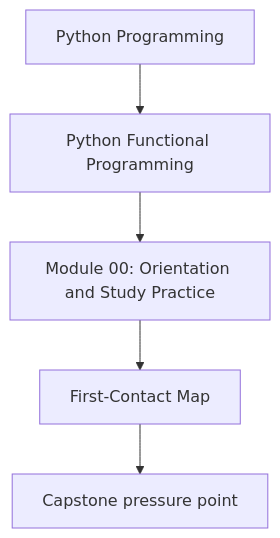
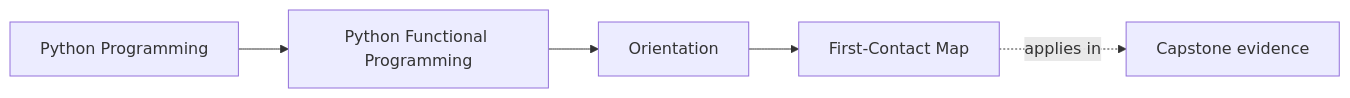
Before and after one commit to bijux/bijux-masterclass: the first of 2 diagrams in programs/python-programming/python-functional-programming/course-book/module-00-orientation/first-contact-map.md, drawn with Mermaid. The commit also changed other lines of this file and 73 other files, not shown here.

Commit message:
docs(python-functional-programming): map orientation through streaming foundations

````diff
--- a/programs/python-programming/python-functional-programming/course-book/module-00-orientation/first-contact-map.md
+++ b/programs/python-programming/python-functional-programming/course-book/module-00-orientation/first-contact-map.md
@@ -6,7 +6,11 @@
 ```mermaid
-flowchart TD
-  family["Python Programming"] --> program["Python Functional Programming"]
-  program --> module["Module 00: Orientation and Study Practice"]
-  module --> concept["First-Contact Map"]
-  concept --> capstone["Capstone pressure point"]
+graph LR
+  family["Python Programming"]
+  program["Python Functional Programming"]
+  section["Orientation"]
+  page["First-Contact Map"]
+  capstone["Capstone evidence"]
+
+  family --> program --> section --> page
+  page -.applies in.-> capstone
 ```
````
